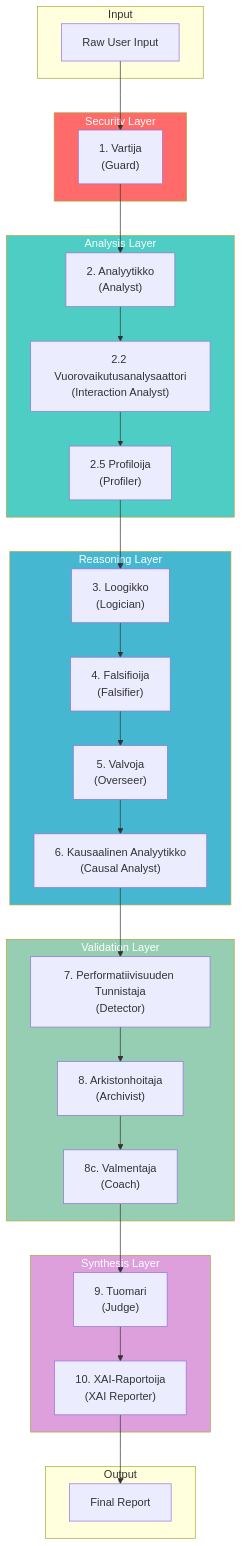
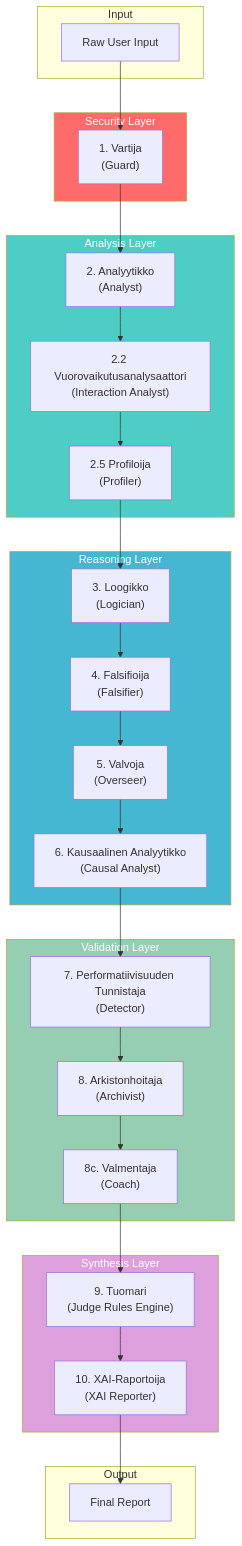
Before and after one commit to launis/quorum: the first of 2 diagrams in docs/structured_cognitive_architecture.md, drawn with Mermaid. The commit also changed other lines of this file and 233 other files, not shown here.

Commit message:
feat(core)!: MASSIVE ARCHITECTURAL OVERHAUL - Enforced Strict Mode, Fixed AI Models & Synced Documentation

````diff
--- a/docs/structured_cognitive_architecture.md
+++ b/docs/structured_cognitive_architecture.md
@@ -13,59 +27,59 @@
 ```mermaid
 flowchart TD
     subgraph Input
         A[Raw User Input]
     end
     
     subgraph Security["Security Layer"]
         B["1. Vartija<br/>(Guard)"]
     end
     
     subgraph Analysis["Analysis Layer"]
         C["2. Analyytikko<br/>(Analyst)"]
         D["2.2 Vuorovaikutusanalysaattori<br/>(Interaction Analyst)"]
         E["2.5 Profiloija<br/>(Profiler)"]
     end
     
     subgraph Reasoning["Reasoning Layer"]
         F["3. Loogikko<br/>(Logician)"]
         G["4. Falsifioija<br/>(Falsifier)"]
         H["5. Valvoja<br/>(Overseer)"]
         I["6. Kausaalinen Analyytikko<br/>(Causal Analyst)"]
     end
     
     subgraph Validation["Validation Layer"]
         J["7. Performatiivisuuden Tunnistaja<br/>(Detector)"]
         K["8. Arkistonhoitaja<br/>(Archivist)"]
         L["8c. Valmentaja<br/>(Coach)"]
     end
     
     subgraph Synthesis["Synthesis Layer"]
-        M["9. Tuomari<br/>(Judge)"]
+        M["9. Tuomari<br/>(Judge Rules Engine)"]
         N["10. XAI-Raportoija<br/>(XAI Reporter)"]
     end
     
     subgraph Output
         O[Final Report]
     end
     
     A --> B
     B --> C
     C --> D
     D --> E
     E --> F
     F --> G
     G --> H
     H --> I
     I --> J
     J --> K
     K --> L
     L --> M
     M --> N
     N --> O
     
     style Security fill:#ff6b6b,color:#fff
     style Analysis fill:#4ecdc4,color:#fff
     style Reasoning fill:#45b7d1,color:#fff
     style Validation fill:#96ceb4,color:#fff
     style Synthesis fill:#dda0dd,color:#fff
 ```
````
